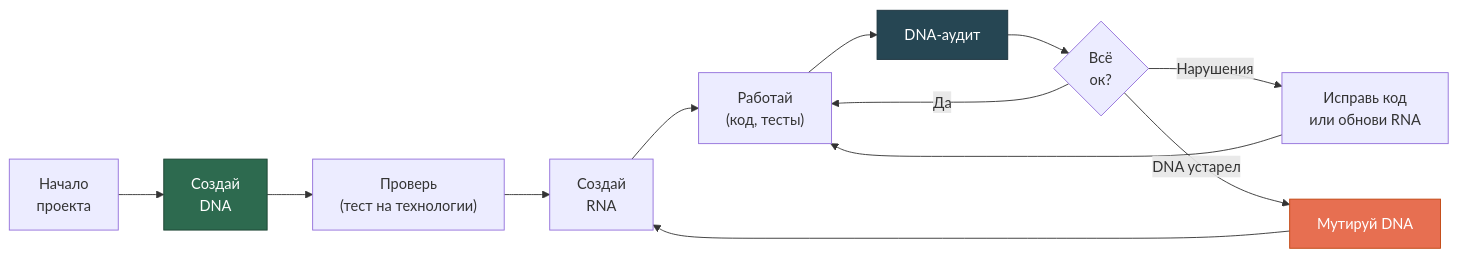
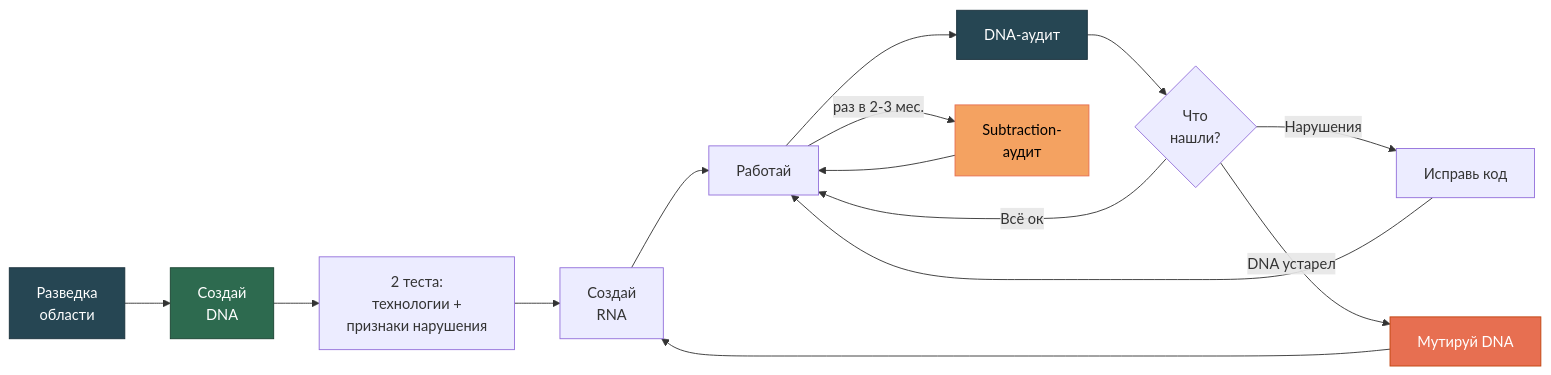
The second of 2 diagrams in docs/quickstart-ru.md (SizovOleg/project-dna), drawn with Mermaid before and after one commit. The commit also changed other lines of this file and 9 other files, not shown here.

````diff
--- a/docs/quickstart-ru.md
+++ b/docs/quickstart-ru.md
@@ -141,18 +218,22 @@
 ```mermaid
 flowchart LR
-    START["Начало<br/>проекта"] --> CREATE["Создай<br/>DNA"]
-    CREATE --> CHECK_DNA["Проверь<br/>(тест на технологии)"]
-    CHECK_DNA --> RNA["Создай<br/>RNA"]
-    RNA --> WORK["Работай<br/>(код, тесты)"]
+    SCOUT["Разведка<br/>области"] --> CREATE["Создай<br/>DNA"]
+    CREATE --> CHECK["2 теста:<br/>технологии +<br/>признаки нарушения"]
+    CHECK --> RNA["Создай<br/>RNA"]
+    RNA --> WORK["Работай"]
     WORK --> AUDIT["DNA-аудит"]
-    AUDIT --> Q{"Всё<br/>ок?"}
-    Q -->|Да| WORK
-    Q -->|Нарушения| FIX["Исправь код<br/>или обнови RNA"]
-    Q -->|DNA устарел| MUTATE["Мутируй DNA"]
+    AUDIT --> Q{"Что<br/>нашли?"}
+    Q -->|"Всё ок"| WORK
+    Q -->|"Нарушения"| FIX["Исправь код"]
+    Q -->|"DNA устарел"| MUTATE["Мутируй DNA"]
     FIX --> WORK
     MUTATE --> RNA
+    WORK -->|"раз в 2-3 мес."| SUB["Subtraction-<br/>аудит"]
+    SUB --> WORK
 
+    style SCOUT fill:#264653,stroke:#1a323d,color:#fff
     style CREATE fill:#2d6a4f,stroke:#1b4332,color:#fff
     style AUDIT fill:#264653,stroke:#1a323d,color:#fff
     style MUTATE fill:#e76f51,stroke:#c1440e,color:#fff
+    style SUB fill:#f4a261,stroke:#e76f51,color:#000
 ```
````
